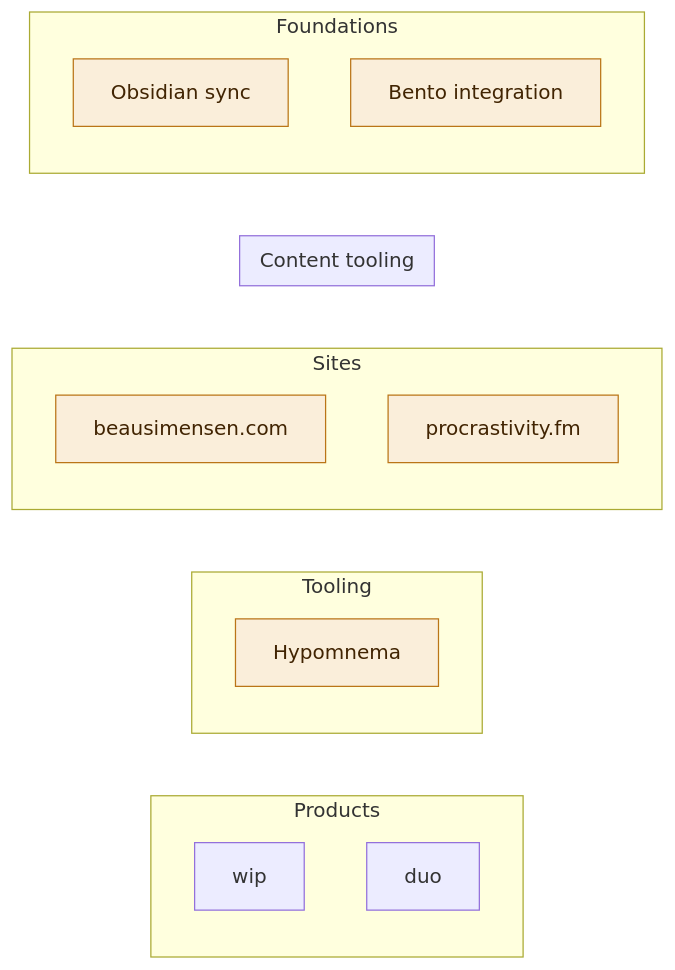
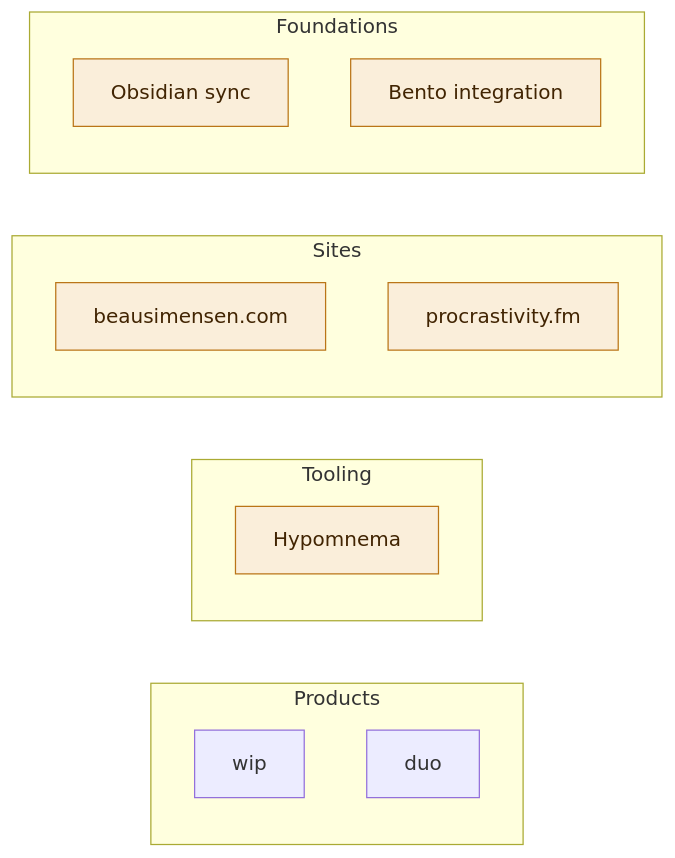
Before and after one commit to simensen/beausimensen-com-content: the diagram in pages/now.md, drawn with Mermaid.

Commit message:
sync 2026-08-15T13:11:57Z

````diff
--- a/pages/now.md
+++ b/pages/now.md
@@ -12,31 +12,28 @@
 ```mermaid
 flowchart LR
     subgraph Products
         wip[wip]
         duo[duo]
     end
 
     subgraph Tooling
         wip[wip]
         duo[duo]
         hypomnema[Hypomnema]
     end
 
     subgraph Sites
         beausimensen[beausimensen.com]
         procrastivity[procrastivity.fm]
     end
 
-    subgraph "Content tooling"
-    end
-
     subgraph Foundations
         sync[Obsidian sync]
         bento[Bento integration]
     end
 
     classDef shipped fill:#EAF3DE,stroke:#639922,color:#173404
     classDef active fill:#FAEEDA,stroke:#BA7517,color:#412402
     class gethmn shipped
     class beausimensen,procrastivity,hypomnema,sync,bento active
 ```
````
